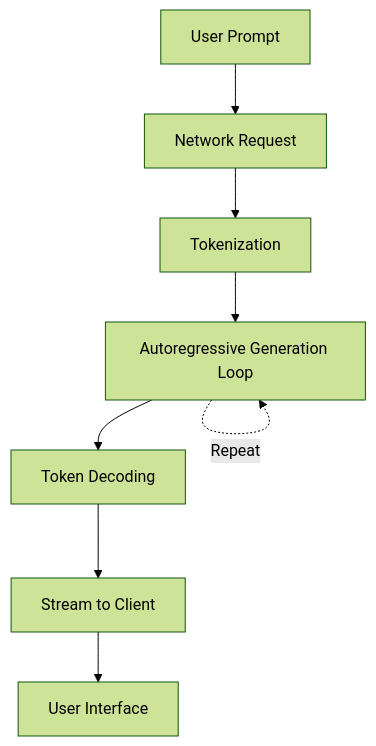
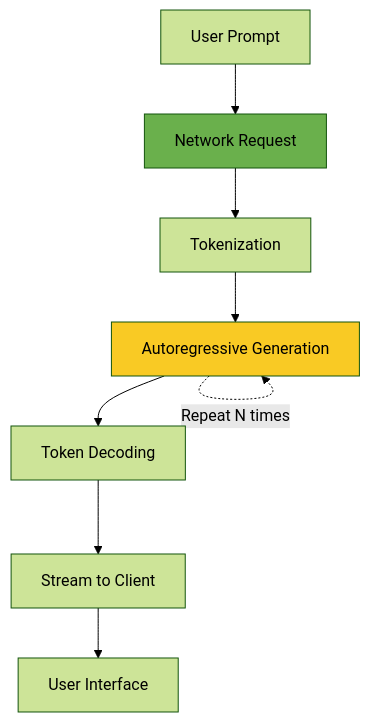
One commit to Leito2/Learning changed the third of 3 diagrams in Software Engineering/02 - Go Engineering/05 - Local AI with Go/02 - Ollama Go SDK and API Integration.md. Above: the diagram before and after it, drawn with Mermaid (forest theme). The commit also changed other lines of this file and 41 other files, not shown here.

````diff
--- a/Software Engineering/02 - Go Engineering/05 - Local AI with Go/02 - Ollama Go SDK and API Integration.md
+++ b/Software Engineering/02 - Go Engineering/05 - Local AI with Go/02 - Ollama Go SDK and API Integration.md
@@ -177,10 +448,12 @@
 ```mermaid
 graph TD
     A[User Prompt] --> B[Network Request]
     B --> C[Tokenization]
-    C --> D[Autoregressive Generation Loop]
+    C --> D[Autoregressive Generation]
     D --> E[Token Decoding]
     E --> F[Stream to Client]
     F --> G[User Interface]
-    D -.->|Repeat| D
+    D -.->|Repeat N times| D
+    style D fill:#f9ca24
+    style B fill:#6ab04c
 ```
````
